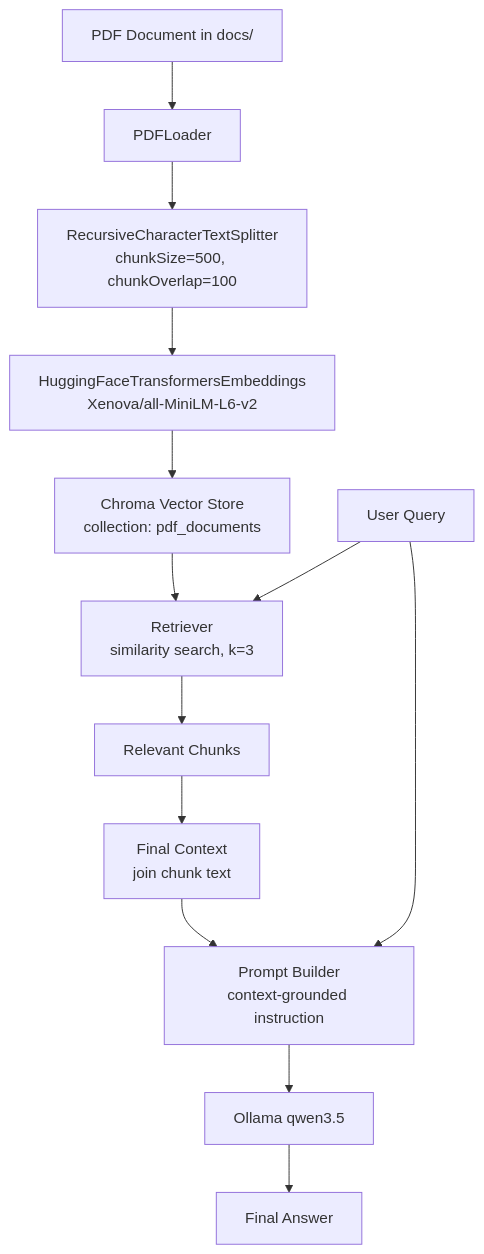
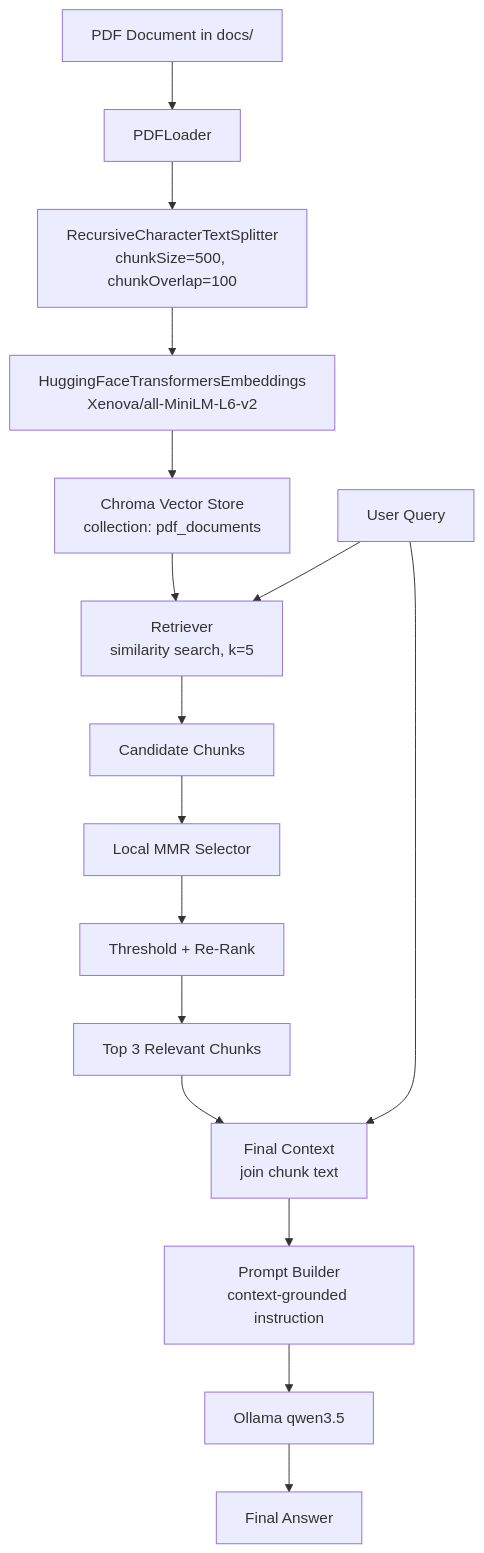
Before and after one commit to kgotgit/genai-agentic-ai-learnings: the diagram in README.md, drawn with Mermaid. The commit also changed other lines of this file and 7 other files, not shown here.

Commit message:
rag file updates with search similarty and similarity_score_threshold

````diff
--- a/README.md
+++ b/README.md
@@ -74,15 +95,18 @@
 ```mermaid
 flowchart TD
   A[PDF Document in docs/] --> B[PDFLoader]
   B --> C[RecursiveCharacterTextSplitter\nchunkSize=500, chunkOverlap=100]
   C --> D[HuggingFaceTransformersEmbeddings\nXenova/all-MiniLM-L6-v2]
   D --> E[Chroma Vector Store\ncollection: pdf_documents]
-  U[User Query] --> F[Retriever\nsimilarity search, k=3]
+  U[User Query] --> F[Retriever\nsimilarity search, k=5]
   E --> F
-  F --> G[Relevant Chunks]
-  G --> H[Final Context\njoin chunk text]
-  H --> I[Prompt Builder\ncontext-grounded instruction]
-  U --> I
-  I --> J[Ollama qwen3.5]
-  J --> K[Final Answer]
+  F --> G[Candidate Chunks]
+  G --> H[Local MMR Selector]
+  H --> I[Threshold + Re-Rank]
+  I --> J[Top 3 Relevant Chunks]
+  J --> K[Final Context\njoin chunk text]
+  K --> L[Prompt Builder\ncontext-grounded instruction]
+  U --> K
+  L --> M[Ollama qwen3.5]
+  M --> N[Final Answer]
 ```
````
